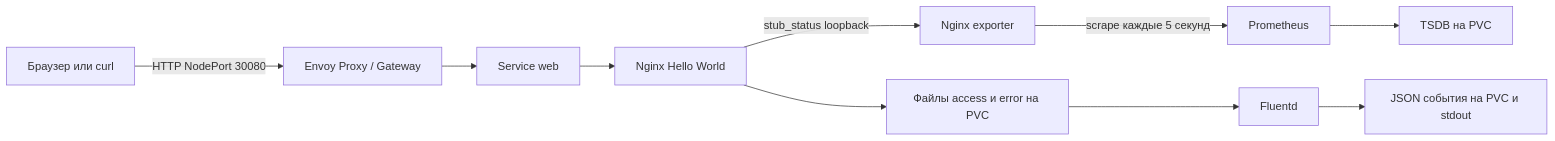
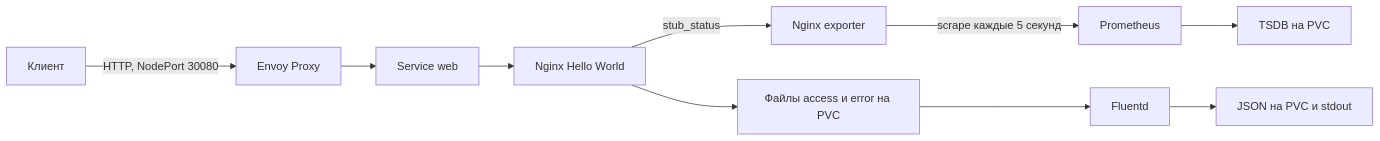
One commit to pnmk1/mtc-devops-kubeadm changed the diagram in README.md. Above: the diagram before and after it, drawn with Mermaid. The commit also changed other lines of this file, not shown here.

First line of the commit message:
Revise README for Kubernetes setup and Gateway API

````diff
--- a/README.md
+++ b/README.md
@@ -9,11 +7,11 @@
 ```mermaid
 flowchart LR
-    Client[Браузер или curl] -->|HTTP NodePort 30080| Envoy[Envoy Proxy / Gateway]
+    Client[Клиент] -->|HTTP, NodePort 30080| Envoy[Envoy Proxy]
     Envoy --> Service[Service web] --> Nginx[Nginx Hello World]
-    Nginx -->|stub_status loopback| Exporter[Nginx exporter]
+    Nginx -->|stub_status| Exporter[Nginx exporter]
     Exporter -->|scrape каждые 5 секунд| Prometheus
+    Prometheus --> Metrics[TSDB на PVC]
     Nginx --> Raw[Файлы access и error на PVC]
     Raw --> Fluentd
-    Fluentd --> Collected[JSON события на PVC и stdout]
-    Prometheus --> Metrics[TSDB на PVC]
+    Fluentd --> Collected[JSON на PVC и stdout]
 ```
````
